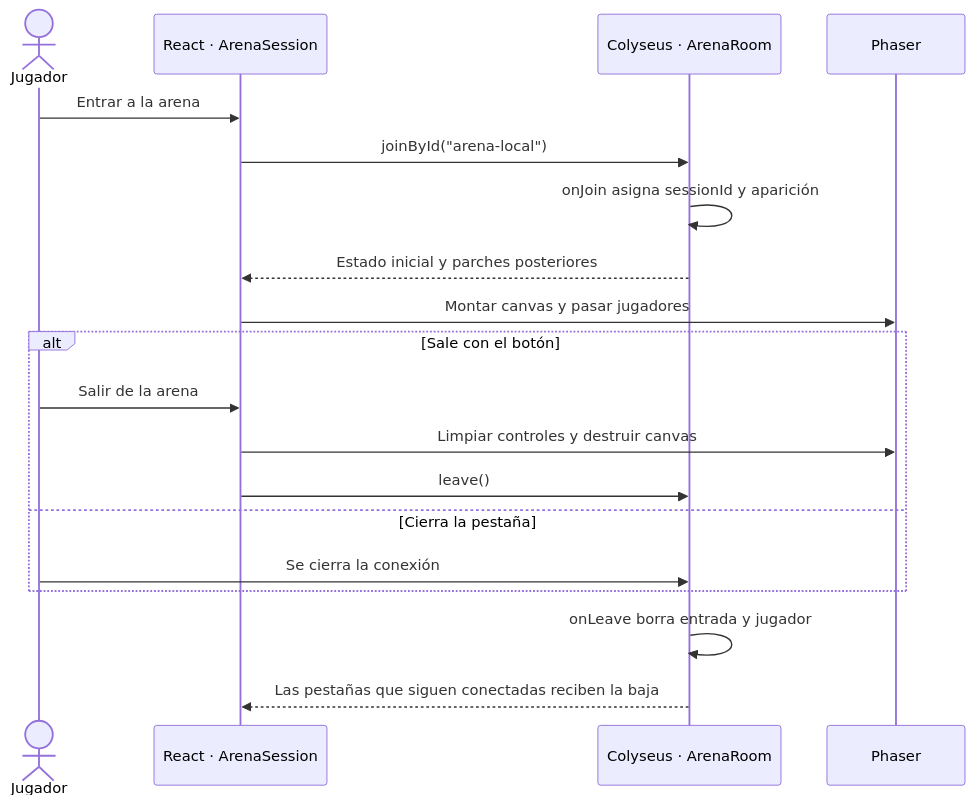
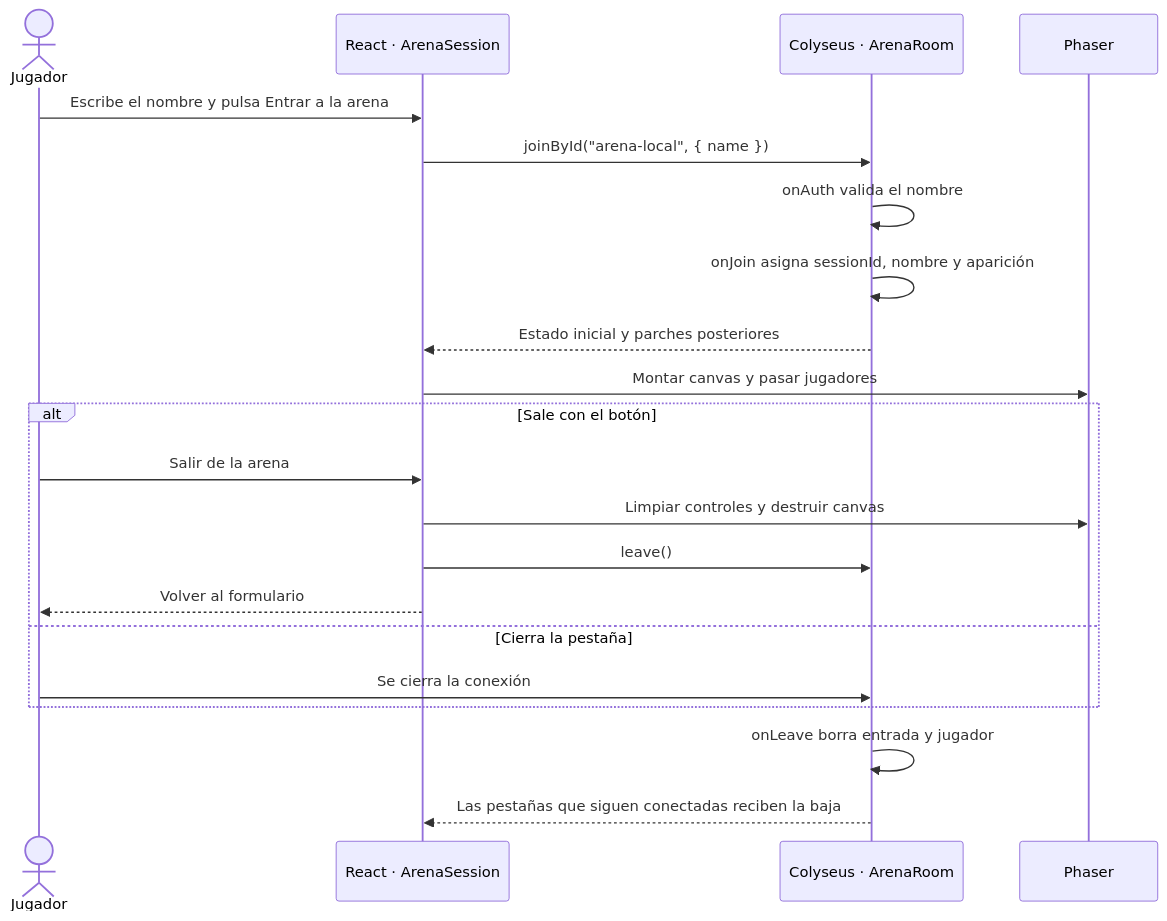
One commit to EMSiiU/TAP-WAR changed the second of 2 diagrams in DOCUMENTACION.md. Above: the diagram before and after it, drawn with Mermaid. The commit also changed other lines of this file and 5 other files, not shown here.

````diff
--- a/DOCUMENTACION.md
+++ b/DOCUMENTACION.md
@@ -102,22 +102,24 @@
 ```mermaid
 sequenceDiagram
     actor J as Jugador
     participant R as React · ArenaSession
     participant S as Colyseus · ArenaRoom
     participant P as Phaser
 
-    J->>R: Entrar a la arena
-    R->>S: joinById("arena-local")
-    S->>S: onJoin asigna sessionId y aparición
+    J->>R: Escribe el nombre y pulsa Entrar a la arena
+    R->>S: joinById("arena-local", { name })
+    S->>S: onAuth valida el nombre
+    S->>S: onJoin asigna sessionId, nombre y aparición
     S-->>R: Estado inicial y parches posteriores
     R->>P: Montar canvas y pasar jugadores
     alt Sale con el botón
         J->>R: Salir de la arena
         R->>P: Limpiar controles y destruir canvas
         R->>S: leave()
+        R-->>J: Volver al formulario
     else Cierra la pestaña
         J->>S: Se cierra la conexión
     end
     S->>S: onLeave borra entrada y jugador
     S-->>R: Las pestañas que siguen conectadas reciben la baja
 ```
````
